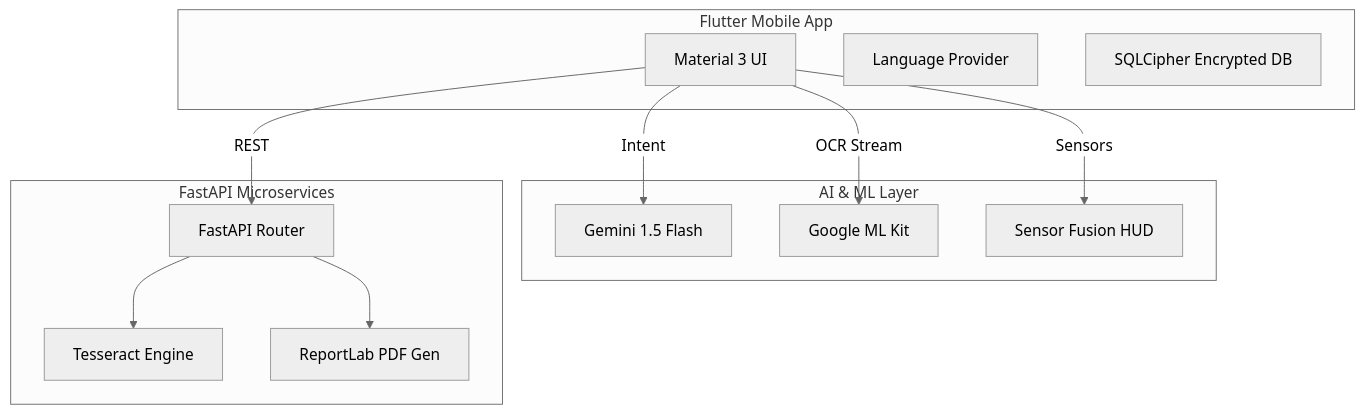
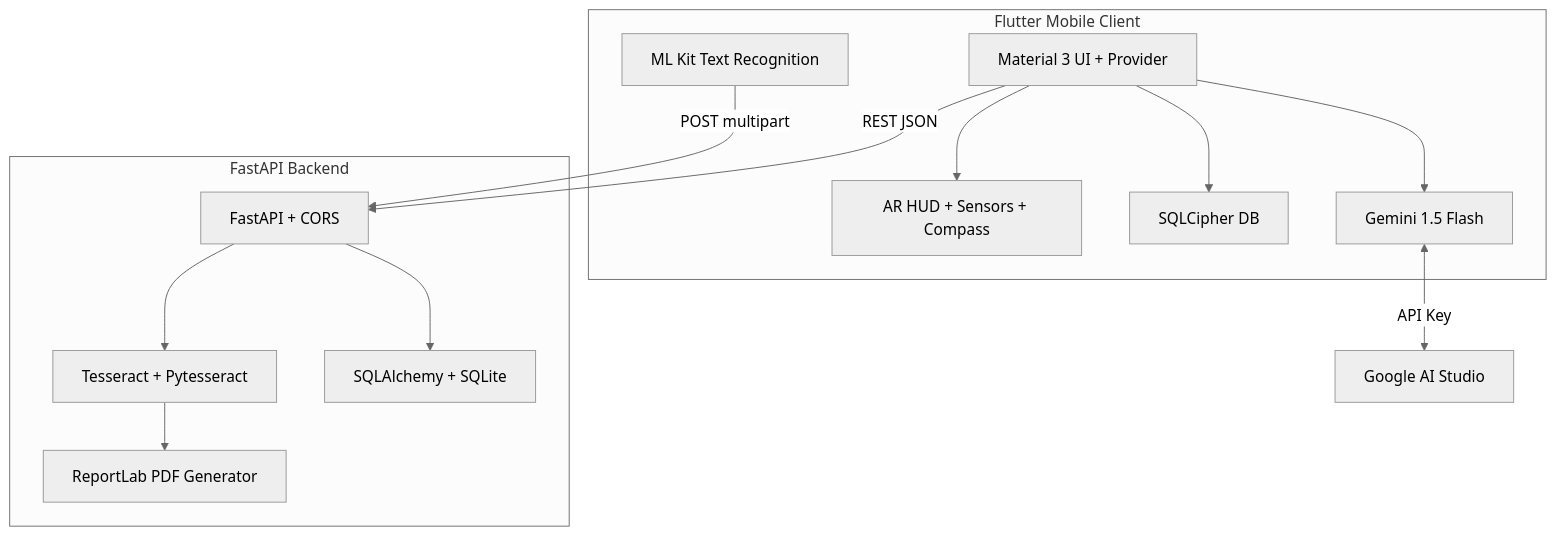
Before and after one commit to Yassminefeki/Maak: the first of 3 diagrams in README.md, drawn with Mermaid (neutral theme). The commit also changed other lines of this file, not shown here.

````diff
--- a/README.md
+++ b/README.md
@@ -43,27 +399,29 @@
 ```mermaid
-graph TD
-    subgraph Frontend [Flutter Mobile App]
-        UI[Material 3 UI]
-        SP[Language Provider]
-        DB[SQLCipher Encrypted DB]
+graph TB
+    subgraph Client["Flutter Mobile Client"]
+        UI[Material 3 UI + Provider]
+        MLKit[ML Kit Text Recognition]
+        AR[AR HUD + Sensors + Compass]
+        DB_local[SQLCipher DB]
+        Gemini[Gemini 1.5 Flash]
     end
 
-    subgraph Intelligence [AI & ML Layer]
-        GEM[Gemini 1.5 Flash]
-        MLK[Google ML Kit]
-        AR[Sensor Fusion HUD]
+    subgraph Backend["FastAPI Backend"]
+        API[FastAPI + CORS]
+        OCR[Tesseract + Pytesseract]
+        PDF[ReportLab PDF Generator]
+        DB_back[SQLAlchemy + SQLite]
     end
 
-    subgraph Backend [FastAPI Microservices]
-        API[FastAPI Router]
-        OCR[Tesseract Engine]
-        PDF[ReportLab PDF Gen]
-    end
+    External[Google AI Studio]
 
-    UI -->|Intent| GEM
-    UI -->|OCR Stream| MLK
-    UI -->|REST| API
-    UI -->|Sensors| AR
+    UI -->|REST JSON| API
+    MLKit -->|POST multipart| API
+    Gemini <-->|API Key| External
     API --> OCR
-    API --> PDF
+    OCR --> PDF
+    API --> DB_back
+    UI --> DB_local
+    UI --> Gemini
+    UI --> AR
 ```
````
